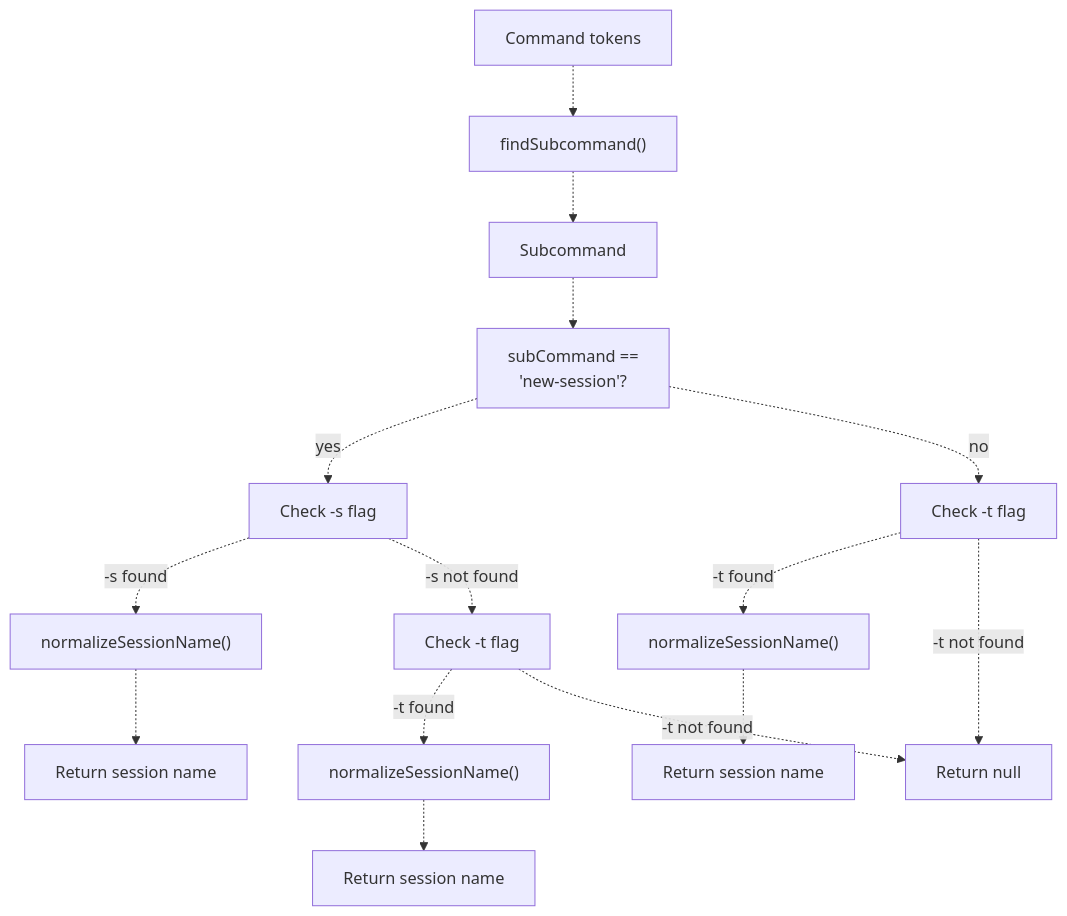
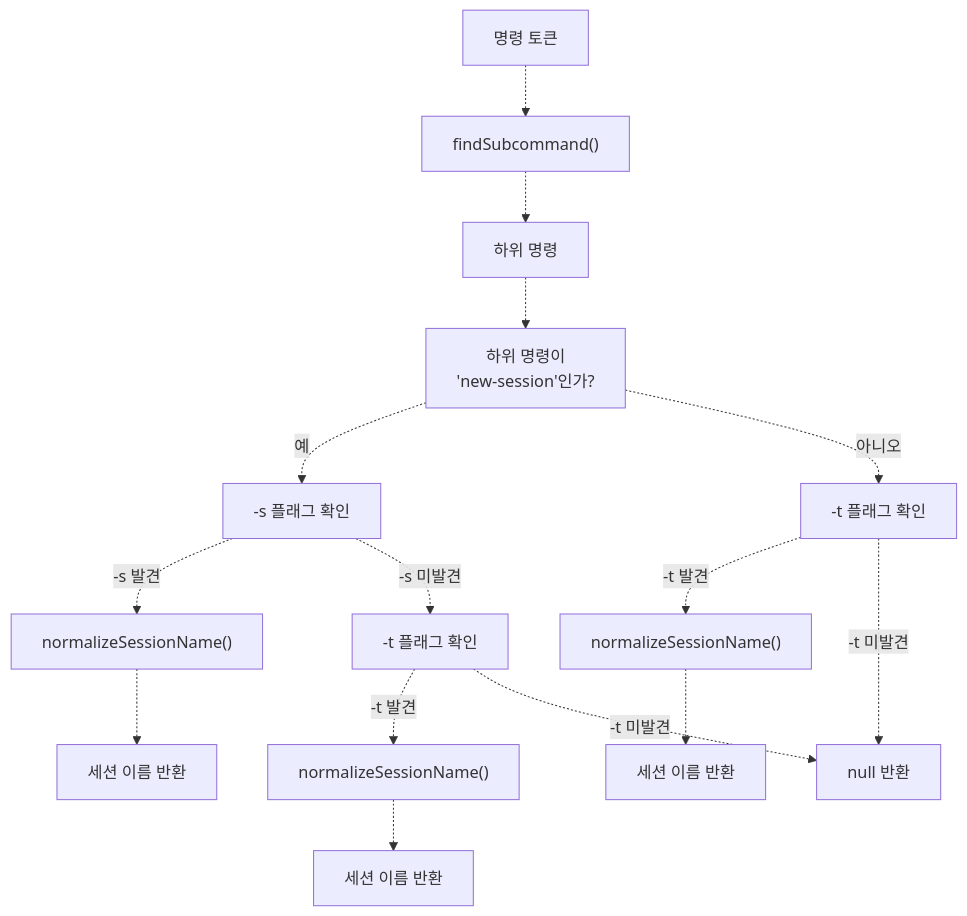
Before and after one commit to felipetruman/oh-my-opencode-docs: the fourth of 7 diagrams in docs/tools/specialized-tools.md, drawn with Mermaid. The commit also changed other lines of this file and 76 other files, not shown here.

````diff
--- a/docs/tools/specialized-tools.md
+++ b/docs/tools/specialized-tools.md
@@ -256,33 +229,33 @@
 ```mermaid
 flowchart TD
 
-Tokens["Command tokens"]
+Tokens["명령 토큰"]
 FindSubcmd["findSubcommand()"]
-Subcommand["Subcommand"]
-IsNewSession["subCommand ==<br>'new-session'?"]
-CheckSFlag["Check -s flag"]
-CheckTFlag1["Check -t flag"]
-CheckTFlag2["Check -t flag"]
+Subcommand["하위 명령"]
+IsNewSession["하위 명령이<br>'new-session'인가?"]
+CheckSFlag["-s 플래그 확인"]
+CheckTFlag1["-t 플래그 확인"]
+CheckTFlag2["-t 플래그 확인"]
 Normalize1["normalizeSessionName()"]
 Normalize2["normalizeSessionName()"]
 Normalize3["normalizeSessionName()"]
-Return1["Return session name"]
-Return2["Return session name"]
-Return3["Return session name"]
-ReturnNull["Return null"]
+Return1["세션 이름 반환"]
+Return2["세션 이름 반환"]
+Return3["세션 이름 반환"]
+ReturnNull["null 반환"]
 
 Tokens -.-> FindSubcmd
 FindSubcmd -.-> Subcommand
 Subcommand -.-> IsNewSession
-IsNewSession -.->|"yes"| CheckSFlag
-CheckSFlag -.->|"-s found"| Normalize1
-CheckSFlag -.->|"-s not found"| CheckTFlag1
-CheckTFlag1 -.->|"-t found"| Normalize2
-CheckTFlag1 -.->|"-t not found"| ReturnNull
-IsNewSession -.->|"no"| CheckTFlag2
-CheckTFlag2 -.->|"-t found"| Normalize3
-CheckTFlag2 -.->|"-t not found"| ReturnNull
+IsNewSession -.->|"예"| CheckSFlag
+CheckSFlag -.->|"-s 발견"| Normalize1
+CheckSFlag -.->|"-s 미발견"| CheckTFlag1
+CheckTFlag1 -.->|"-t 발견"| Normalize2
+CheckTFlag1 -.->|"-t 미발견"| ReturnNull
+IsNewSession -.->|"아니오"| CheckTFlag2
+CheckTFlag2 -.->|"-t 발견"| Normalize3
+CheckTFlag2 -.->|"-t 미발견"| ReturnNull
 Normalize1 -.-> Return1
 Normalize2 -.-> Return2
 Normalize3 -.-> Return3
 ```
````
